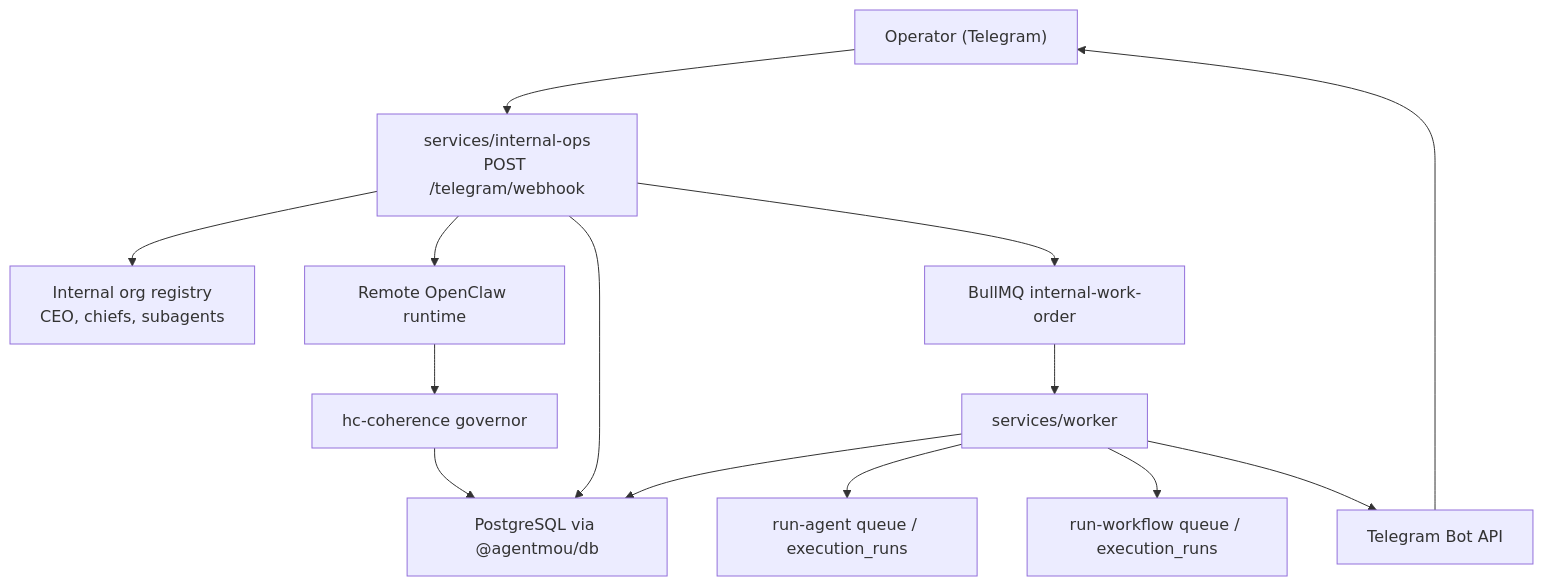
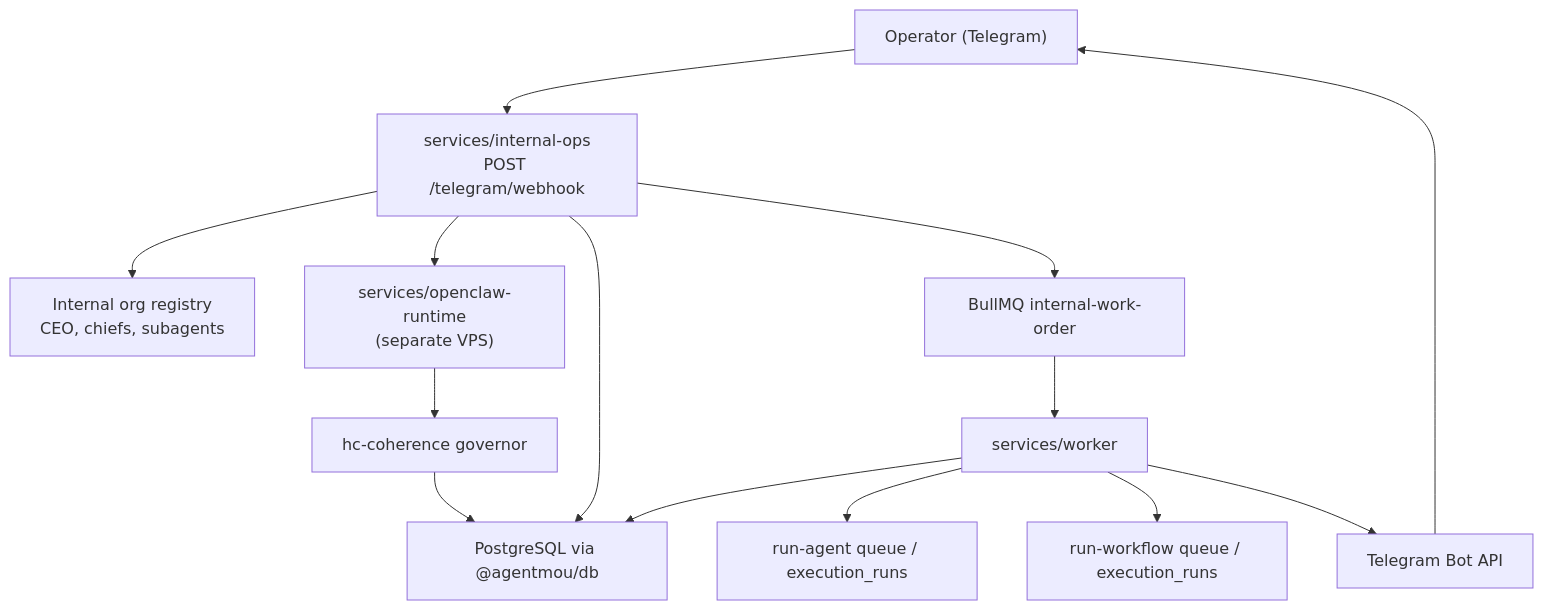
The diagram in docs/architecture/internal-ops-personal-os.md (agentmou/agentmou-platform), drawn with Mermaid before and after one commit. The commit also changed other lines of this file and 32 other files, not shown here.

First line of the commit message:
feat(monorepo): add deployable openclaw runtime

````diff
--- a/docs/architecture/internal-ops-personal-os.md
+++ b/docs/architecture/internal-ops-personal-os.md
@@ -43,28 +43,28 @@
 ```mermaid
 flowchart TD
   operator["Operator (Telegram)"]
   webhook["services/internal-ops\nPOST /telegram/webhook"]
   registry["Internal org registry\nCEO, chiefs, subagents"]
-  openclaw["Remote OpenClaw runtime"]
+  openclaw["services/openclaw-runtime\n(separate VPS)"]
   coherence["hc-coherence governor"]
   db["PostgreSQL via @agentmou/db"]
   queue["BullMQ internal-work-order"]
   worker["services/worker"]
   agentRuns["run-agent queue / execution_runs"]
   workflowRuns["run-workflow queue / execution_runs"]
   telegram["Telegram Bot API"]
 
   operator --> webhook
   webhook --> registry
   webhook --> openclaw
   openclaw --> coherence
   coherence --> db
   webhook --> db
   webhook --> queue
   queue --> worker
   worker --> agentRuns
   worker --> workflowRuns
   worker --> db
   worker --> telegram
   telegram --> operator
 ```
````
